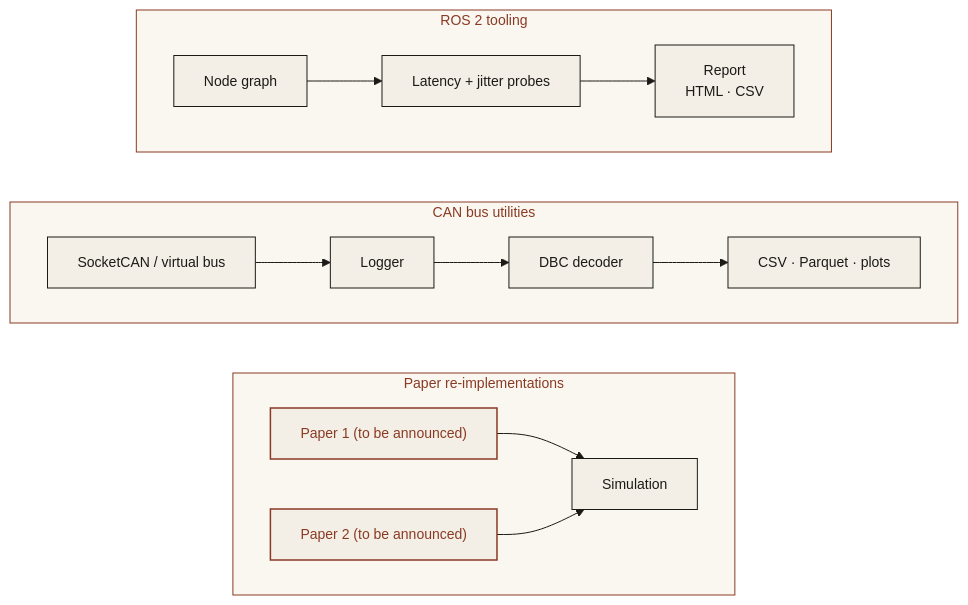
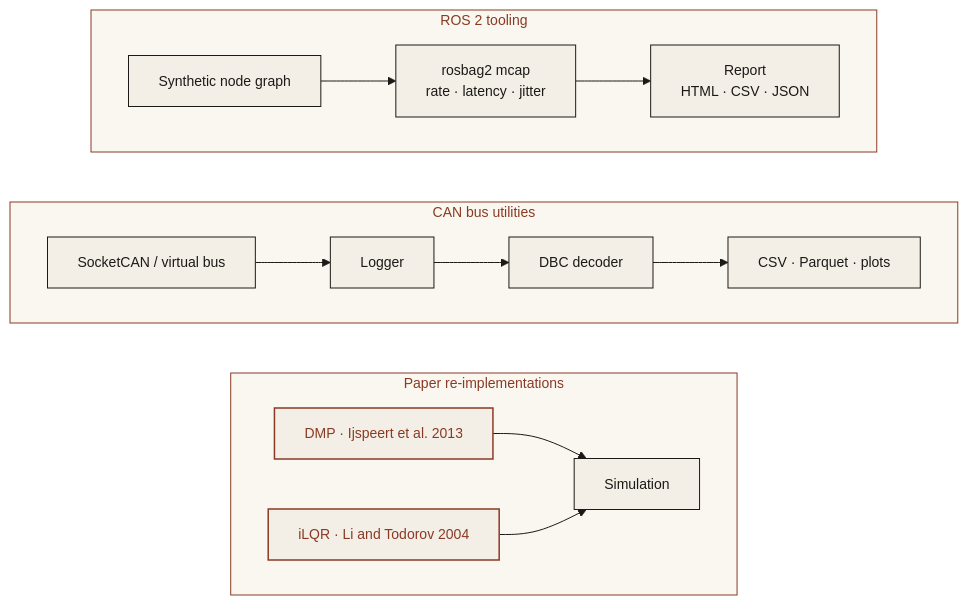
Before and after one commit to ModelShifts/robotics-lab: the diagram in README.md, drawn with Mermaid. The commit also changed other lines of this file and 40 other files, not shown here.

````diff
--- a/README.md
+++ b/README.md
@@ -26,25 +31,25 @@
 ```mermaid
 %%{init: {"theme":"base","flowchart":{"curve":"basis","wrappingWidth":260},"themeVariables":{"fontFamily":"Georgia, Times New Roman, serif","fontSize":"14px","primaryColor":"#f3efe6","primaryTextColor":"#1c1a17","primaryBorderColor":"#1c1a17","lineColor":"#1c1a17","clusterBkg":"#faf7f0","clusterBorder":"#8a3a24","titleColor":"#8a3a24","edgeLabelBackground":"#f3efe6"}}}%%
 flowchart TB
   subgraph ROS["ROS 2 tooling"]
     direction LR
-    N1["Node graph"]:::ink --> LT["Latency + jitter probes"]:::ink
-    LT --> RP["Report<br/>HTML · CSV"]:::ink
+    N1["Synthetic node graph"]:::ink --> LT["rosbag2 mcap<br/>rate · latency · jitter"]:::ink
+    LT --> RP["Report<br/>HTML · CSV · JSON"]:::ink
   end
   subgraph CAN["CAN bus utilities"]
     direction LR
     B["SocketCAN / virtual bus"]:::ink --> LG["Logger"]:::ink
     LG --> DC["DBC decoder"]:::ink
     DC --> EXP["CSV · Parquet · plots"]:::ink
   end
   subgraph PAP["Paper re-implementations"]
     direction LR
-    P1["Paper 1 (to be announced)"]:::rust --> SIM["Simulation"]:::ink
-    P2["Paper 2 (to be announced)"]:::rust --> SIM
+    P1["DMP · Ijspeert et al. 2013"]:::rust --> SIM["Simulation"]:::ink
+    P2["iLQR · Li and Todorov 2004"]:::rust --> SIM
   end
   ROS ~~~ CAN ~~~ PAP
 
   classDef cl fill:#faf7f0,stroke:#8a3a24,stroke-dasharray:4 3,color:#8a3a24;
   classDef ink fill:#f3efe6,stroke:#1c1a17,color:#1c1a17,stroke-width:1px;
   classDef rust fill:#f3efe6,stroke:#8a3a24,color:#8a3a24,stroke-width:1.5px;
 ```
````
